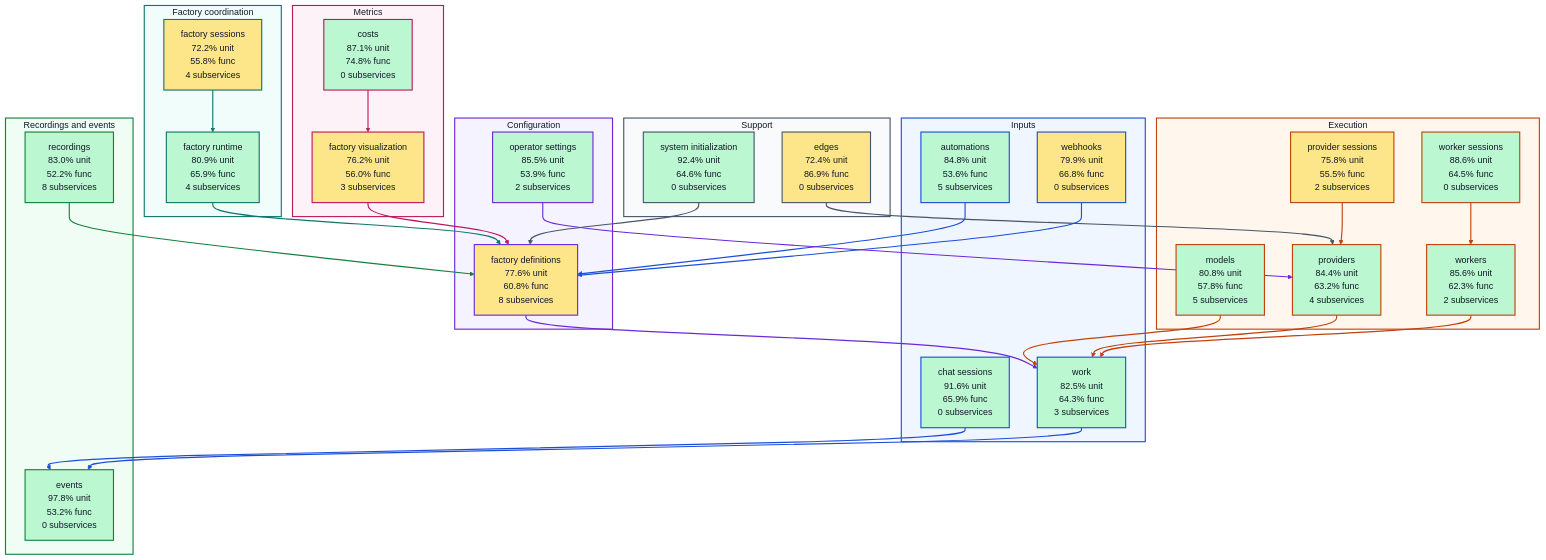
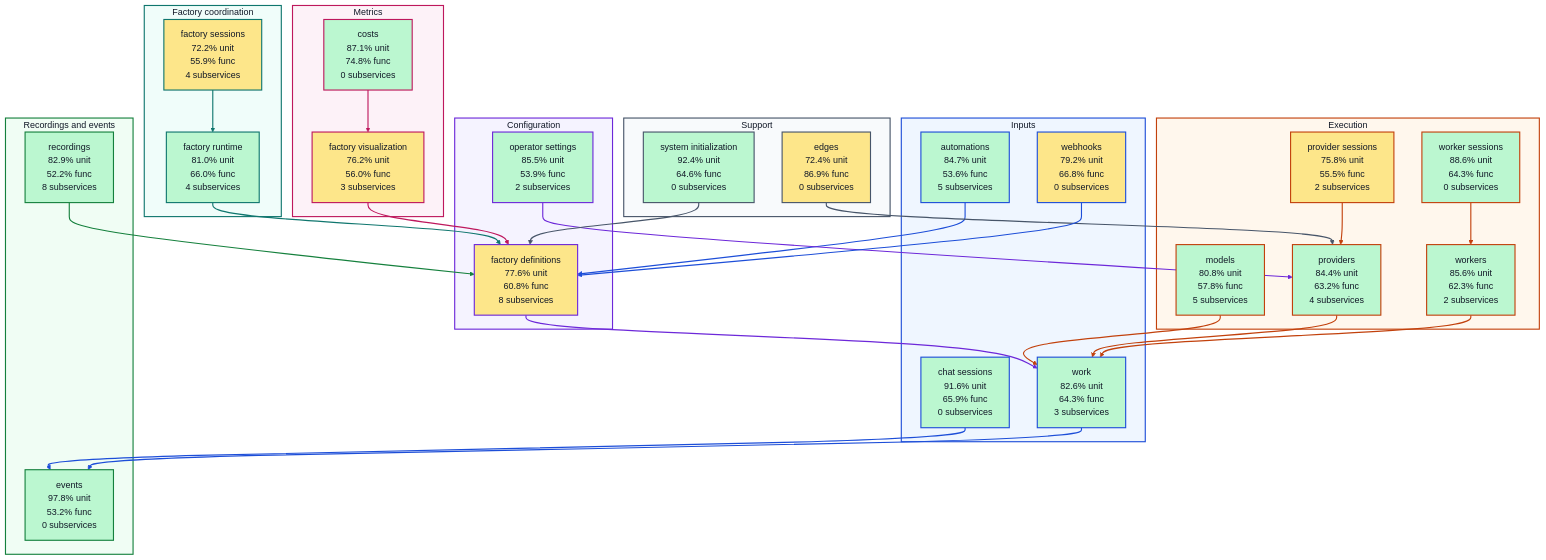
Before and after one commit to portpowered/you-agent-factory: the diagram in docs/architecture/visualizations/high-level-test-coverage.md, drawn with Mermaid. The commit also changed other lines of this file and 19 other files, not shown here.

Commit message:
docs: refresh backend architecture visualizations

````diff
--- a/docs/architecture/visualizations/high-level-test-coverage.md
+++ b/docs/architecture/visualizations/high-level-test-coverage.md
@@ -11,29 +11,29 @@
 ```mermaid
 flowchart TB
   subgraph input["Inputs"]
-    s_services_automations["automations<br/>84.8% unit<br/>53.6% func<br/>5 subservices"]
+    s_services_automations["automations<br/>84.7% unit<br/>53.6% func<br/>5 subservices"]
     s_services_chat_sessions["chat sessions<br/>91.6% unit<br/>65.9% func<br/>0 subservices"]
-    s_services_webhooks["webhooks<br/>79.9% unit<br/>66.8% func<br/>0 subservices"]
-    s_services_work["work<br/>82.5% unit<br/>64.3% func<br/>3 subservices"]
+    s_services_webhooks["webhooks<br/>79.2% unit<br/>66.8% func<br/>0 subservices"]
+    s_services_work["work<br/>82.6% unit<br/>64.3% func<br/>3 subservices"]
   end
   subgraph configuration["Configuration"]
     s_services_factory_definitions["factory definitions<br/>77.6% unit<br/>60.8% func<br/>8 subservices"]
     s_services_operator_settings["operator settings<br/>85.5% unit<br/>53.9% func<br/>2 subservices"]
   end
   subgraph coordination["Factory coordination"]
-    s_services_factory_runtime["factory runtime<br/>80.9% unit<br/>65.9% func<br/>4 subservices"]
-    s_services_factory_sessions["factory sessions<br/>72.2% unit<br/>55.8% func<br/>4 subservices"]
+    s_services_factory_runtime["factory runtime<br/>81.0% unit<br/>66.0% func<br/>4 subservices"]
+    s_services_factory_sessions["factory sessions<br/>72.2% unit<br/>55.9% func<br/>4 subservices"]
   end
   subgraph execution["Execution"]
     s_services_models["models<br/>80.8% unit<br/>57.8% func<br/>5 subservices"]
     s_services_provider_sessions["provider sessions<br/>75.8% unit<br/>55.5% func<br/>2 subservices"]
     s_services_providers["providers<br/>84.4% unit<br/>63.2% func<br/>4 subservices"]
-    s_services_worker_sessions["worker sessions<br/>88.6% unit<br/>64.5% func<br/>0 subservices"]
+    s_services_worker_sessions["worker sessions<br/>88.6% unit<br/>64.3% func<br/>0 subservices"]
     s_services_workers["workers<br/>85.6% unit<br/>62.3% func<br/>2 subservices"]
   end
   subgraph recordings["Recordings and events"]
     s_services_events["events<br/>97.8% unit<br/>53.2% func<br/>0 subservices"]
-    s_services_recordings["recordings<br/>83.0% unit<br/>52.2% func<br/>8 subservices"]
+    s_services_recordings["recordings<br/>82.9% unit<br/>52.2% func<br/>8 subservices"]
   end
   subgraph metrics["Metrics"]
     s_services_costs["costs<br/>87.1% unit<br/>74.8% func<br/>0 subservices"]
````
